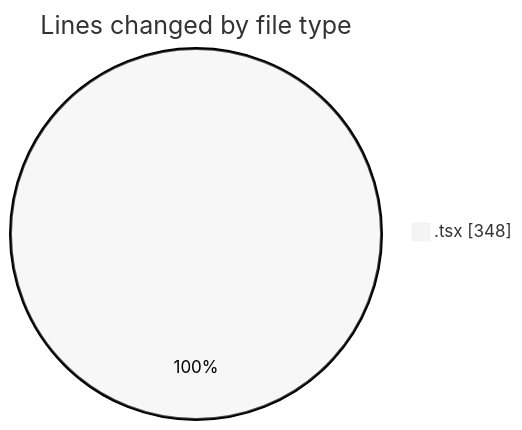
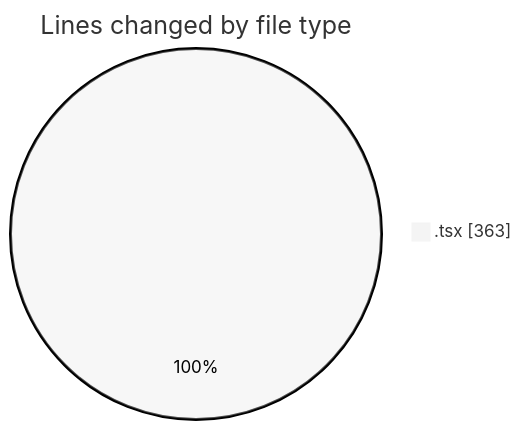
Before and after one commit to momahboobian/code-tracking: the first of 2 diagrams in 2025-03-20/cda/README.md, drawn with Mermaid (neutral theme). The commit also changed other lines of this file and 1 other file, not shown here.

````diff
--- a/2025-03-20/cda/README.md
+++ b/2025-03-20/cda/README.md
@@ -21,5 +21,5 @@
 ```mermaid
 pie showData
 title Lines changed by file type
-".tsx" : 348
+".tsx" : 363
 ```
````
